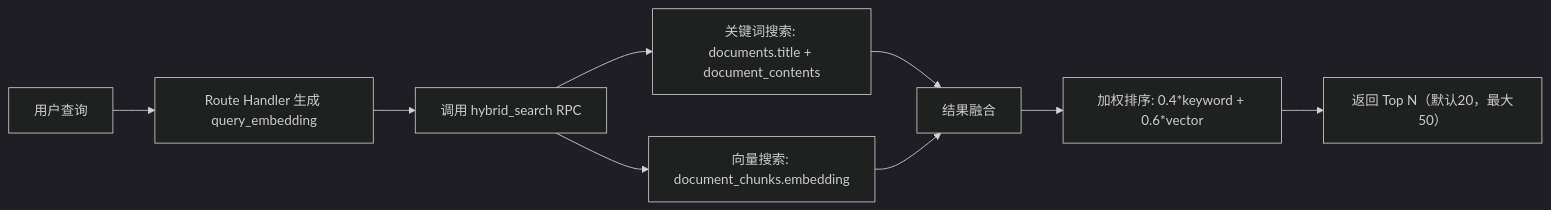
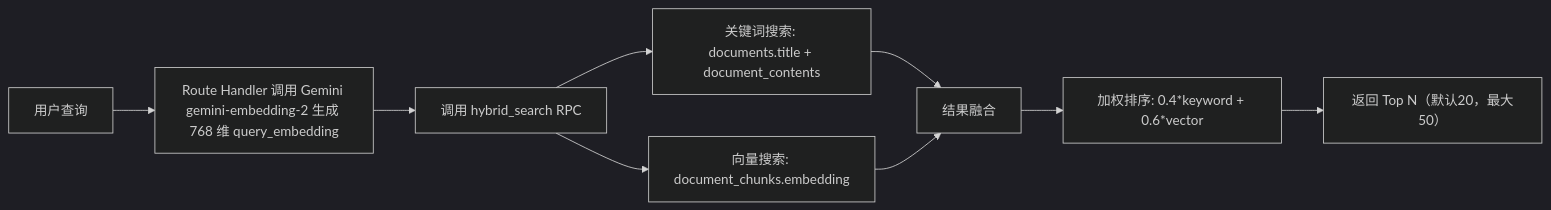
One commit to Jett191/noter changed the ninth of 9 diagrams in .kiro/specs/noter-document-management/design.md. Above: the diagram before and after it, drawn with Mermaid (dark theme). The commit also changed other lines of this file and 3 other files, not shown here.

````diff
--- a/.kiro/specs/noter-document-management/design.md
+++ b/.kiro/specs/noter-document-management/design.md
@@ -841,11 +899,11 @@
 ```mermaid
 flowchart LR
-    A[用户查询] --> B[Route Handler 生成 query_embedding]
+    A[用户查询] --> B[Route Handler 调用 Gemini gemini-embedding-2 生成 768 维 query_embedding]
     B --> C[调用 hybrid_search RPC]
     C --> D[关键词搜索: documents.title + document_contents]
     C --> E[向量搜索: document_chunks.embedding]
     D --> F[结果融合]
     E --> F
     F --> G[加权排序: 0.4*keyword + 0.6*vector]
     G --> H[返回 Top N（默认20，最大50）]
 ```
````
